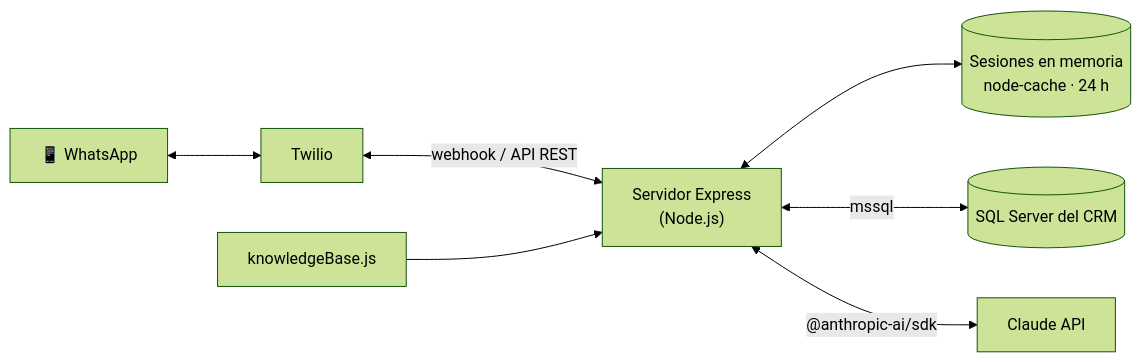
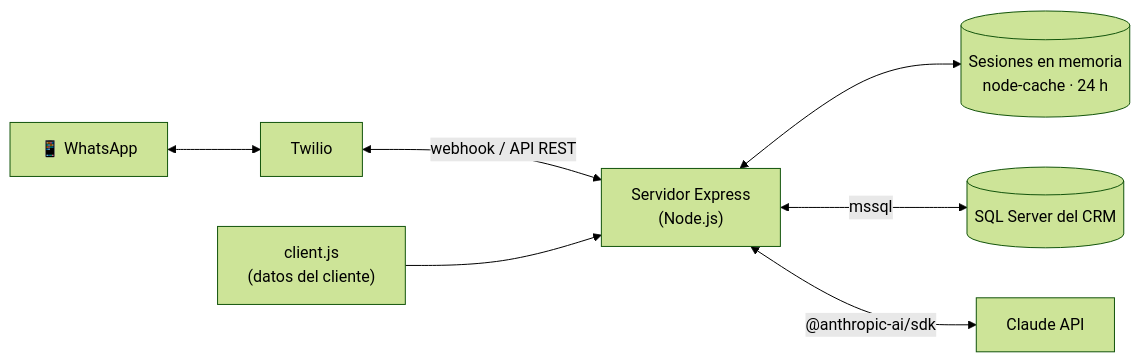
One commit to mauriciorey03/chatbot-cc changed the second of 2 diagrams in README.md. Above: the diagram before and after it, drawn with Mermaid (forest theme). The commit also changed other lines of this file and 14 other files, not shown here.

First line of the commit message:
Sacar la información del cliente del repositorio

````diff
--- a/README.md
+++ b/README.md
@@ -92,9 +92,9 @@
 ```mermaid
 flowchart LR
     WA["📱 WhatsApp"] <--> TW["Twilio"]
     TW <-->|"webhook / API REST"| APP["Servidor Express<br/>(Node.js)"]
     APP <--> SES[("Sesiones en memoria<br/>node-cache · 24 h")]
     APP <-->|"mssql"| CRM[("SQL Server del CRM")]
     APP <-->|"@anthropic-ai/sdk"| CL["Claude API"]
-    KB["knowledgeBase.js"] --> APP
+    KB["client.js<br/>(datos del cliente)"] --> APP
 ```
````
